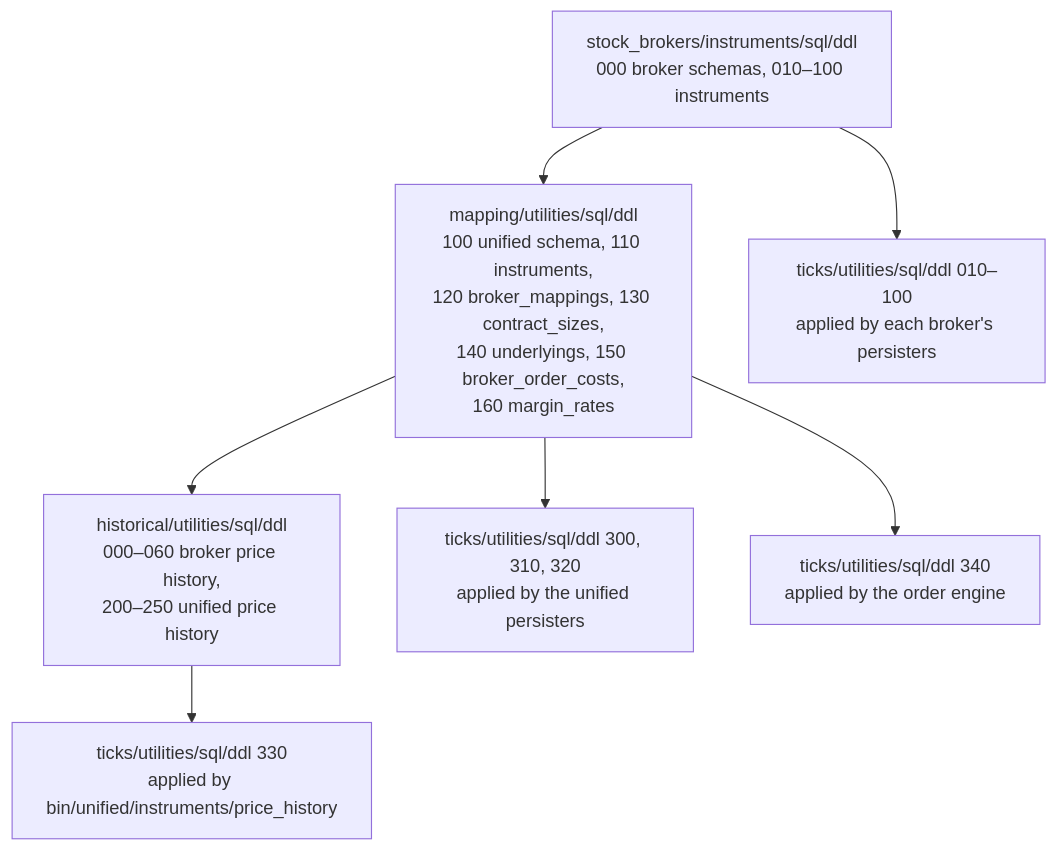
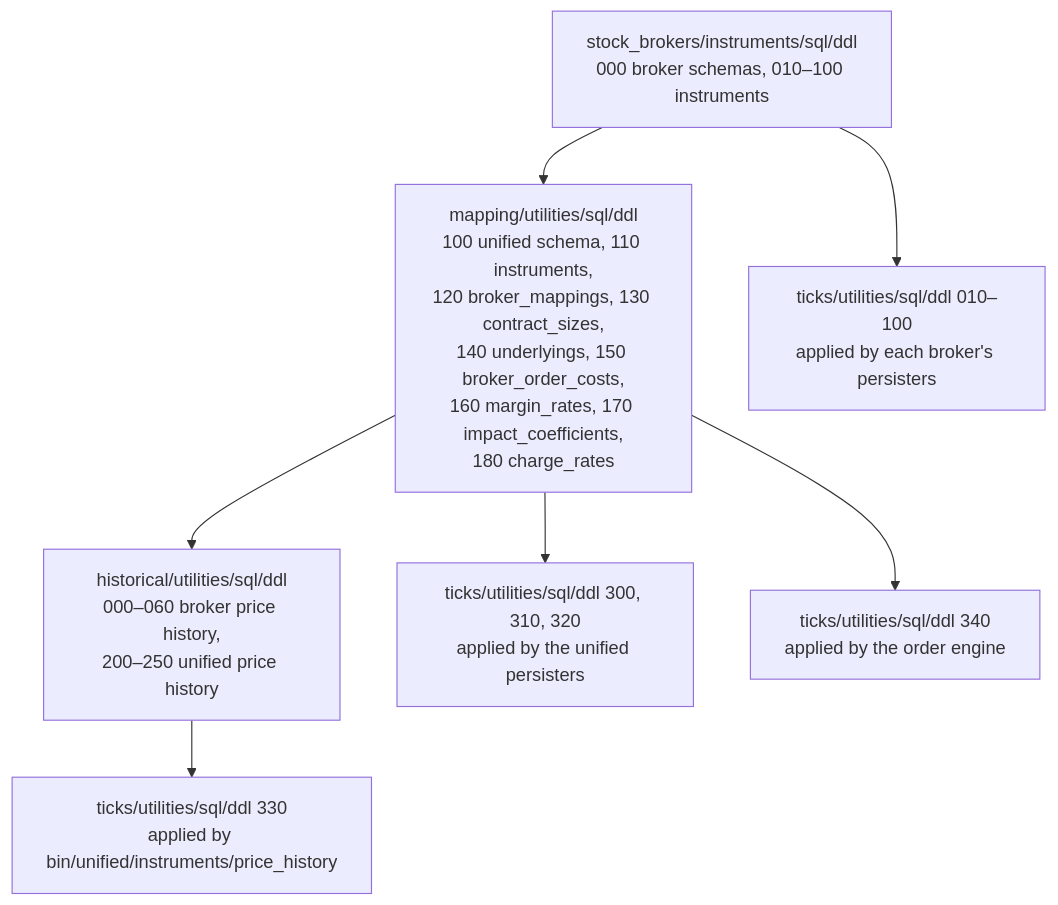
One commit to pramodathani/unified_broker_interface changed the third of 3 diagrams in docs/architecture/database.md. Above: the diagram before and after it, drawn with Mermaid. The commit also changed other lines of this file and 27 other files, not shown here.

````diff
--- a/docs/architecture/database.md
+++ b/docs/architecture/database.md
@@ -286,9 +287,9 @@
 ```mermaid
 flowchart TD
-    A["stock_brokers/instruments/sql/ddl<br/>000 broker schemas, 010–100 instruments"] --> B["mapping/utilities/sql/ddl<br/>100 unified schema, 110 instruments,<br/>120 broker_mappings, 130 contract_sizes,<br/>140 underlyings, 150 broker_order_costs,<br/>160 margin_rates"]
+    A["stock_brokers/instruments/sql/ddl<br/>000 broker schemas, 010–100 instruments"] --> B["mapping/utilities/sql/ddl<br/>100 unified schema, 110 instruments,<br/>120 broker_mappings, 130 contract_sizes,<br/>140 underlyings, 150 broker_order_costs,<br/>160 margin_rates, 170 impact_coefficients,<br/>180 charge_rates"]
     B --> C["historical/utilities/sql/ddl<br/>000–060 broker price history,<br/>200–250 unified price history"]
     A --> D["ticks/utilities/sql/ddl 010–100<br/>applied by each broker's persisters"]
     B --> E["ticks/utilities/sql/ddl 300, 310, 320<br/>applied by the unified persisters"]
     C --> F["ticks/utilities/sql/ddl 330<br/>applied by bin/unified/instruments/price_history"]
     B --> G["ticks/utilities/sql/ddl 340<br/>applied by the order engine"]
 ```
````
